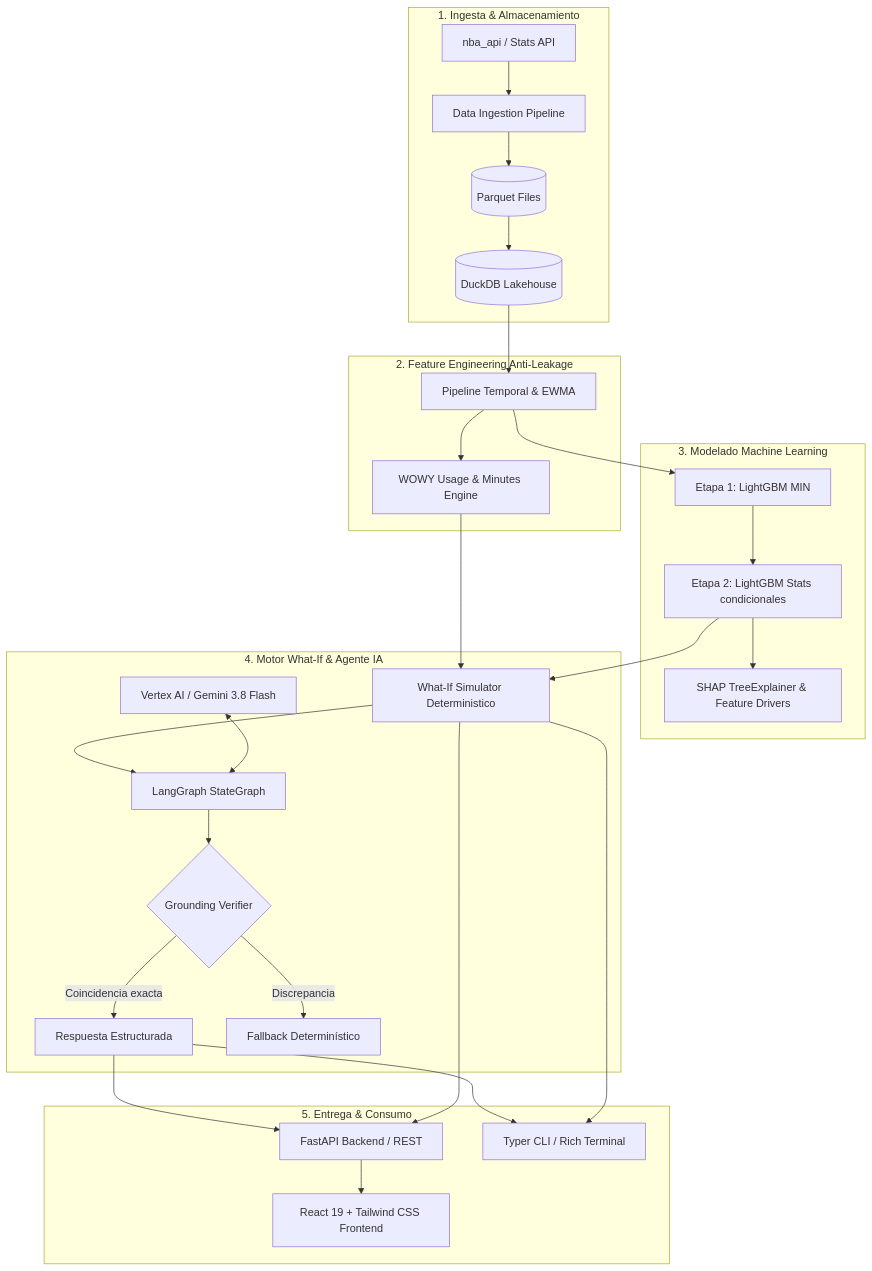
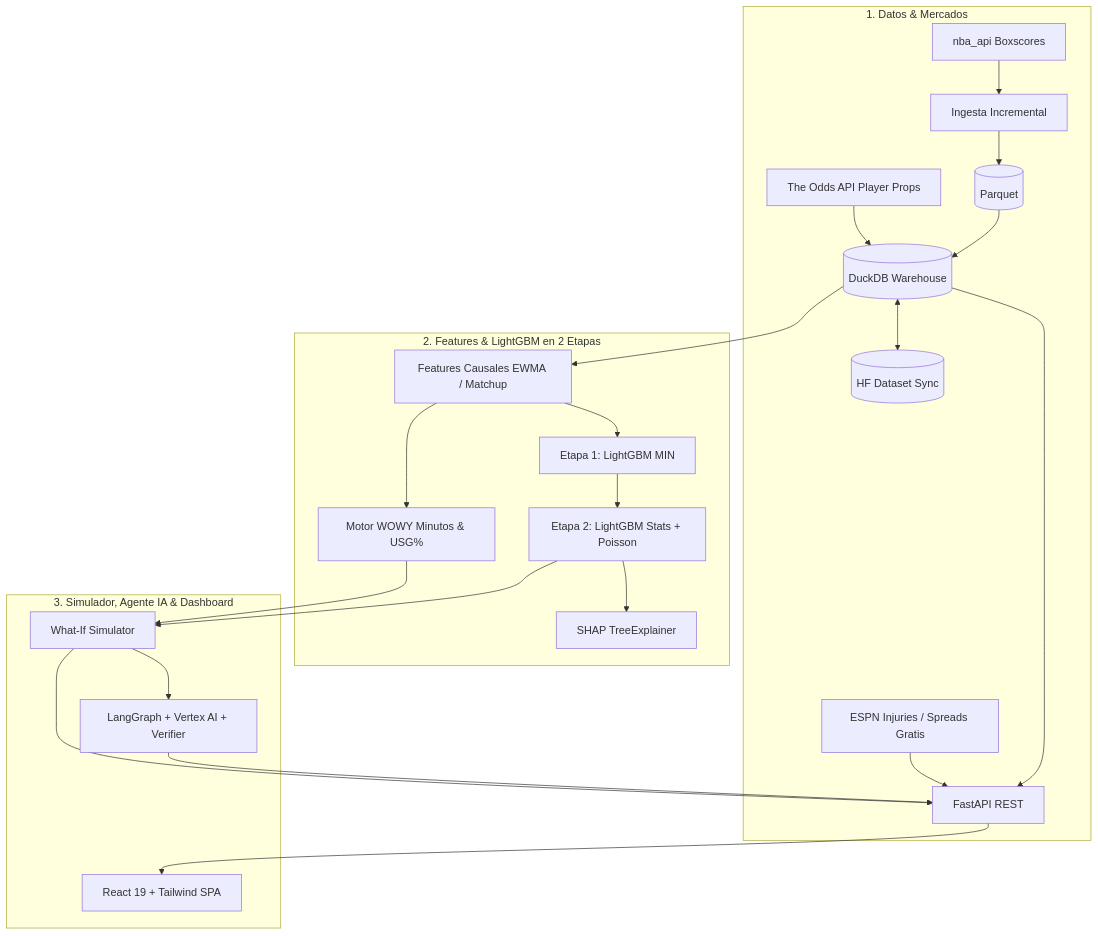
Before and after one commit to gonzalo-agostino/nba-stats: the diagram in README.md, drawn with Mermaid. The commit also changed other lines of this file and 14 other files, not shown here.

````diff
--- a/README.md
+++ b/README.md
@@ -44,34 +237,25 @@
 ```mermaid
 flowchart TD
-    subgraph DataLayer ["1. Ingesta & Almacenamiento"]
-        NBA[nba_api / Stats API] --> Ingest[Data Ingestion Pipeline]
-        Ingest --> Parquet[(Parquet Files)]
-        Parquet --> DuckDB[(DuckDB Lakehouse)]
+    subgraph DataLayer ["1. Datos & Mercados"]
+        NBA[nba_api Boxscores] --> Ingest[Ingesta Incremental]
+        ESPN[ESPN Injuries / Spreads Gratis] --> API
+        Odds[The Odds API Player Props] --> DuckDB[(DuckDB Warehouse)]
+        Ingest --> Parquet[(Parquet)] --> DuckDB
+        DuckDB <--> HF[(HF Dataset Sync)]
     end
 
-    subgraph FeatureStore ["2. Feature Engineering Anti-Leakage"]
-        DuckDB --> Features[Pipeline Temporal & EWMA]
-        Features --> WOWYEngine[WOWY Usage & Minutes Engine]
+    subgraph MLCore ["2. Features & LightGBM en 2 Etapas"]
+        DuckDB --> Features[Features Causales EWMA / Matchup]
+        Features --> WOWY[Motor WOWY Minutos & USG%]
+        Features --> Stage1[Etapa 1: LightGBM MIN]
+        Stage1 --> Stage2[Etapa 2: LightGBM Stats + Poisson]
+        Stage2 --> SHAP[SHAP TreeExplainer]
     end
 
-    subgraph MLCore ["3. Modelado Machine Learning"]
-        Features --> Stage1[Etapa 1: LightGBM MIN]
-        Stage1 --> Stage2[Etapa 2: LightGBM Stats condicionales]
-        Stage2 --> SHAP[SHAP TreeExplainer & Feature Drivers]
-    end
-
-    subgraph SimulationAgent ["4. Motor What-If & Agente IA"]
-        WOWYEngine & Stage2 --> WhatIf[What-If Simulator Deterministico]
-        WhatIf --> LangGraph[LangGraph StateGraph]
-        Vertex[Vertex AI / Gemini 3.8 Flash] <--> LangGraph
-        LangGraph --> Verifier{Grounding Verifier}
-        Verifier -->|Coincidencia exacta| Output[Respuesta Estructurada]
-        Verifier -->|Discrepancia| Fallback[Fallback Determinístico]
-    end
-
-    subgraph Delivery ["5. Entrega & Consumo"]
-        Output & WhatIf --> API[FastAPI Backend / REST]
-        API --> UI[React 19 + Tailwind CSS Frontend]
-        Output & WhatIf --> CLI[Typer CLI / Rich Terminal]
+    subgraph App ["3. Simulador, Agente IA & Dashboard"]
+        WOWY & Stage2 --> WhatIf[What-If Simulator]
+        WhatIf --> Agent[LangGraph + Vertex AI + Verifier]
+        WhatIf & Agent & DuckDB --> API[FastAPI REST]
+        API --> UI[React 19 + Tailwind SPA]
     end
 ```
````
